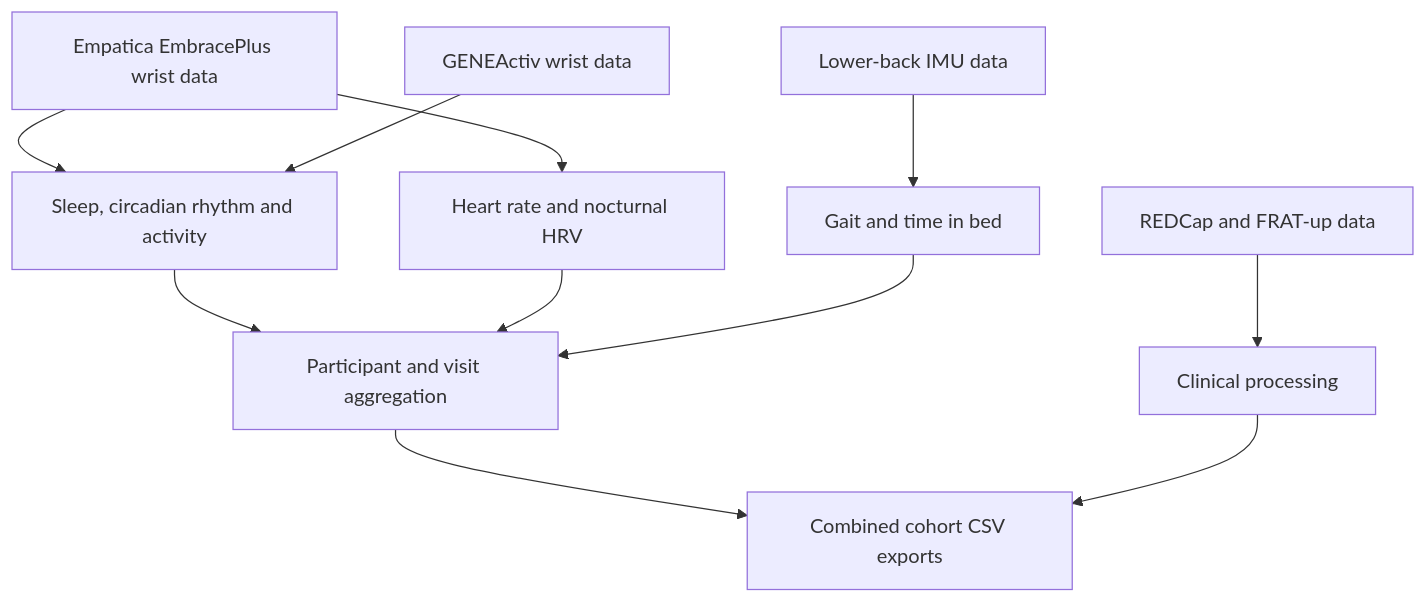
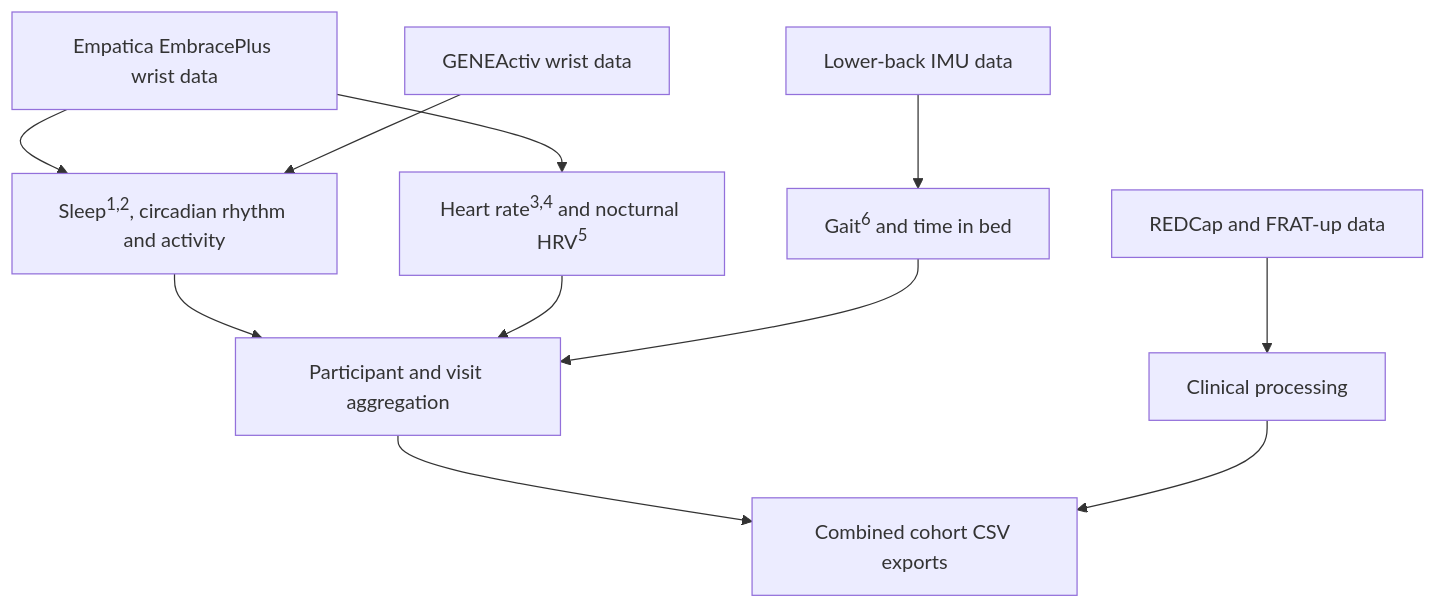
The diagram in README.md (marcellosicbaldi/DARE-wearable-pipelines), drawn with Mermaid before and after one commit. The commit also changed other lines of this file, not shown here.

Commit message:
Cite workflow methods and add MobGap reference

````diff
--- a/README.md
+++ b/README.md
@@ -25,13 +25,13 @@
 ```mermaid
 flowchart TD
-    EMP["Empatica EmbracePlus wrist data"] --> WRIST["Sleep, circadian rhythm and activity"]
+    EMP["Empatica EmbracePlus wrist data"] --> WRIST["Sleep<sup>1,2</sup>, circadian rhythm and activity"]
     GEN["GENEActiv wrist data"] --> WRIST
-    EMP --> CARDIO["Heart rate and nocturnal HRV"]
-    IMU["Lower-back IMU data"] --> GAIT["Gait and time in bed"]
+    EMP --> CARDIO["Heart rate<sup>3,4</sup> and nocturnal HRV<sup>5</sup>"]
+    IMU["Lower-back IMU data"] --> GAIT["Gait<sup>6</sup> and time in bed"]
     WRIST --> AGG["Participant and visit aggregation"]
     CARDIO --> AGG
     GAIT --> AGG
     CLINICAL["REDCap and FRAT-up data"] --> CLIN["Clinical processing"]
     AGG --> EXPORT["Combined cohort CSV exports"]
     CLIN --> EXPORT
 ```
````
